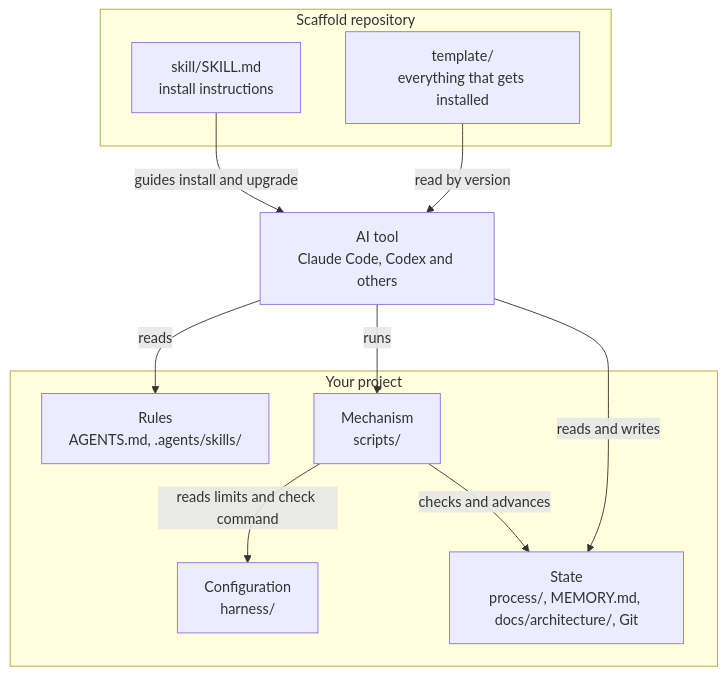
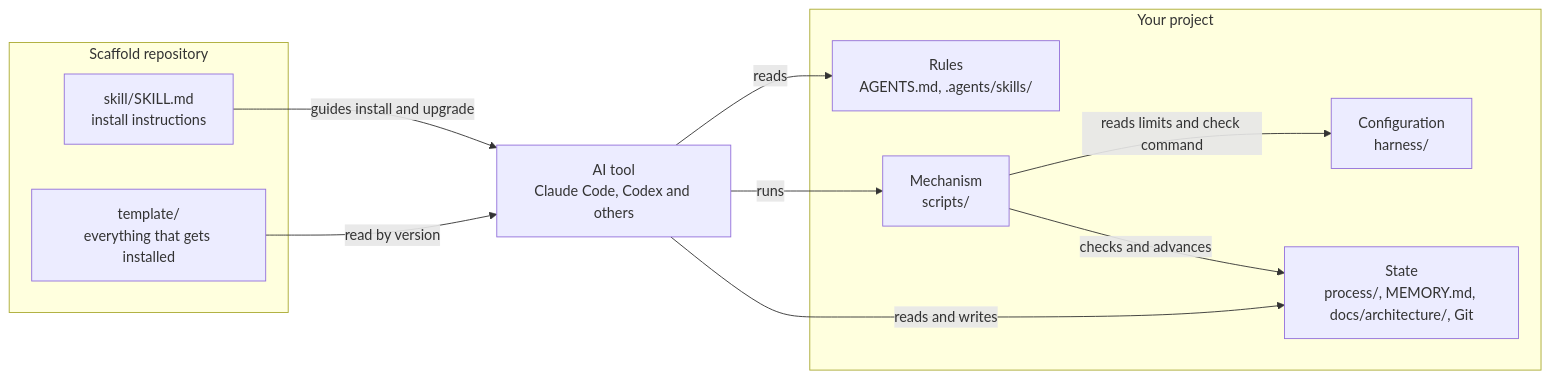
One commit to Alan-IFT/ai-harness-scaffold changed the second of 2 diagrams in README.en.md. Above: the diagram before and after it, drawn with Mermaid. The commit also changed other lines of this file and 1 other file, not shown here.

Commit message:
docs: lay out README diagrams horizontally

````diff
--- a/README.en.md
+++ b/README.en.md
@@ -66,24 +65,24 @@
 ```mermaid
-flowchart TB
+flowchart LR
     subgraph SC["Scaffold repository"]
         SK["skill/SKILL.md<br/>install instructions"]
         T["template/<br/>everything that gets installed"]
     end
 
     H["AI tool<br/>Claude Code, Codex and others"]
 
     subgraph P["Your project"]
         L1["Rules<br/>AGENTS.md, .agents/skills/"]
         L2["Mechanism<br/>scripts/"]
         L3["Configuration<br/>harness/"]
         L4["State<br/>process/, MEMORY.md, docs/architecture/, Git"]
     end
 
     SK -- guides install and upgrade --> H
     T -- read by version --> H
     H -- reads --> L1
     H -- runs --> L2
     H -- reads and writes --> L4
     L2 -- reads limits and check command --> L3
     L2 -- checks and advances --> L4
 ```
````
